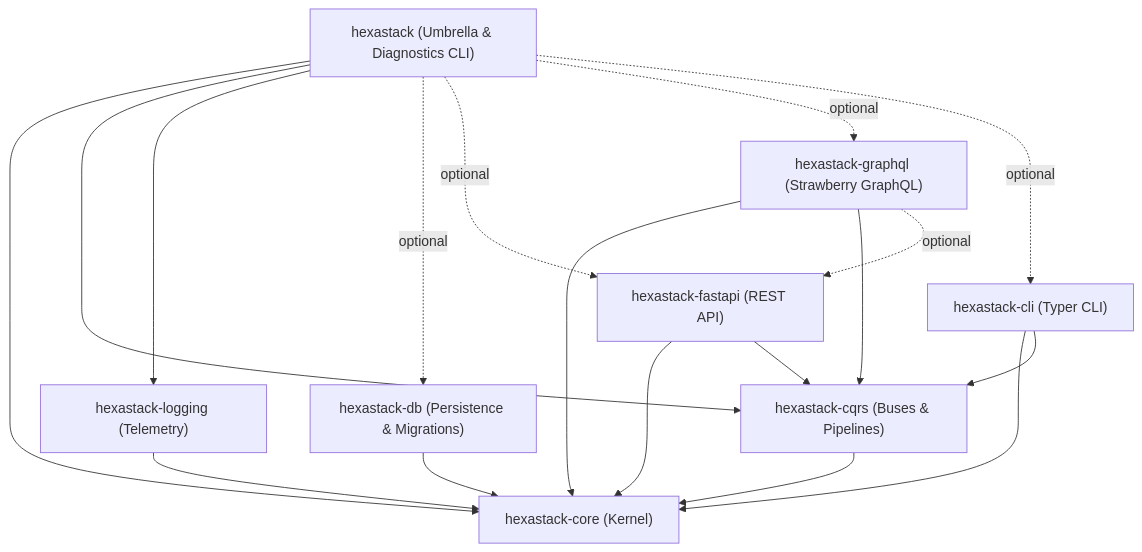
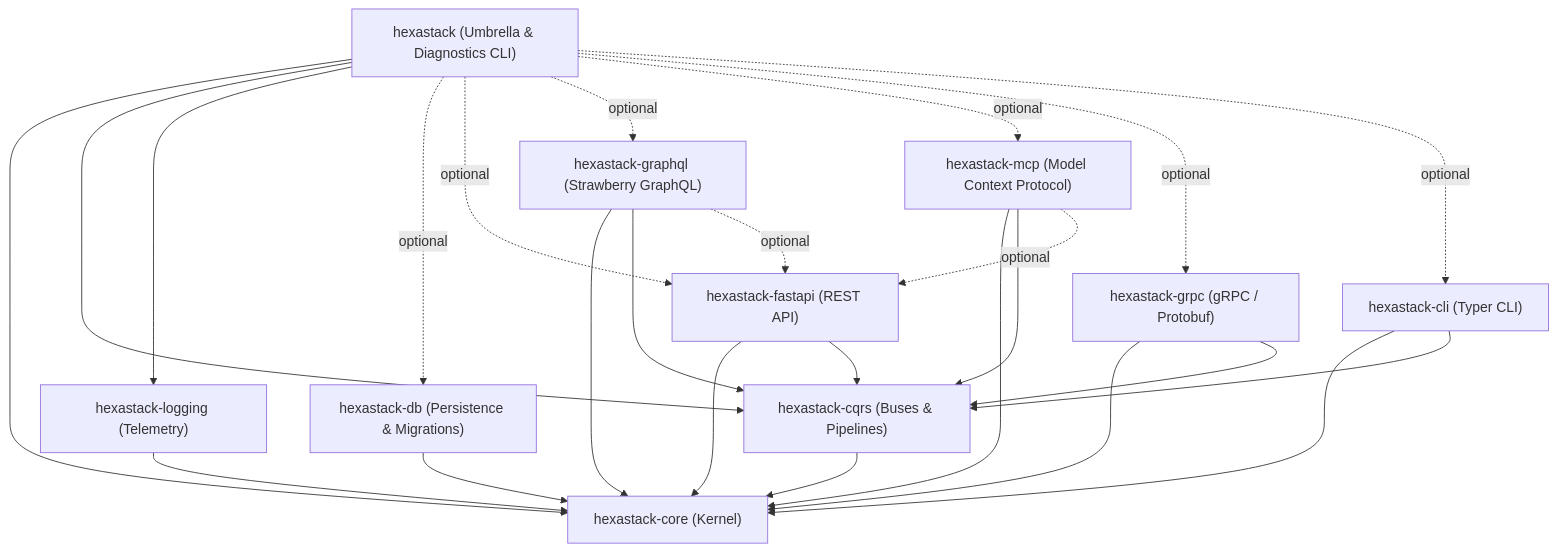
The second of 2 diagrams in README.md (TheTrueSCU/hexastack), drawn with Mermaid before and after one commit. The commit also changed other lines of this file and 46 other files, not shown here.

Commit message:
add hexastack-grpc and mcp

````diff
--- a/README.md
+++ b/README.md
@@ -64,31 +68,40 @@
 ```mermaid
 graph TD
     Umbrella["hexastack (Umbrella & Diagnostics CLI)"]
 
     Core["hexastack-core (Kernel)"]
     CQRS["hexastack-cqrs (Buses & Pipelines)"]
     Logging["hexastack-logging (Telemetry)"]
     DB["hexastack-db (Persistence & Migrations)"]
     FastAPI["hexastack-fastapi (REST API)"]
     GraphQL["hexastack-graphql (Strawberry GraphQL)"]
+    MCP["hexastack-mcp (Model Context Protocol)"]
+    GRPC["hexastack-grpc (gRPC / Protobuf)"]
     CLI["hexastack-cli (Typer CLI)"]
 
     Umbrella --> Core
     Umbrella --> CQRS
     Umbrella --> Logging
     Umbrella -. optional .-> DB
     Umbrella -. optional .-> FastAPI
     Umbrella -. optional .-> GraphQL
+    Umbrella -. optional .-> MCP
+    Umbrella -. optional .-> GRPC
     Umbrella -. optional .-> CLI
 
     CQRS --> Core
     Logging --> Core
     DB --> Core
     FastAPI --> Core
     FastAPI --> CQRS
     GraphQL --> Core
     GraphQL --> CQRS
     GraphQL -. optional .-> FastAPI
+    MCP --> Core
+    MCP --> CQRS
+    MCP -. optional .-> FastAPI
+    GRPC --> Core
+    GRPC --> CQRS
     CLI --> Core
     CLI --> CQRS
 ```
````
